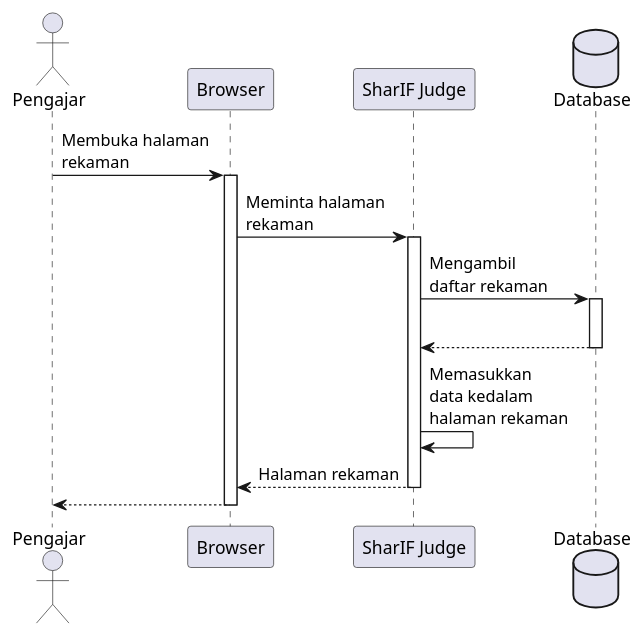
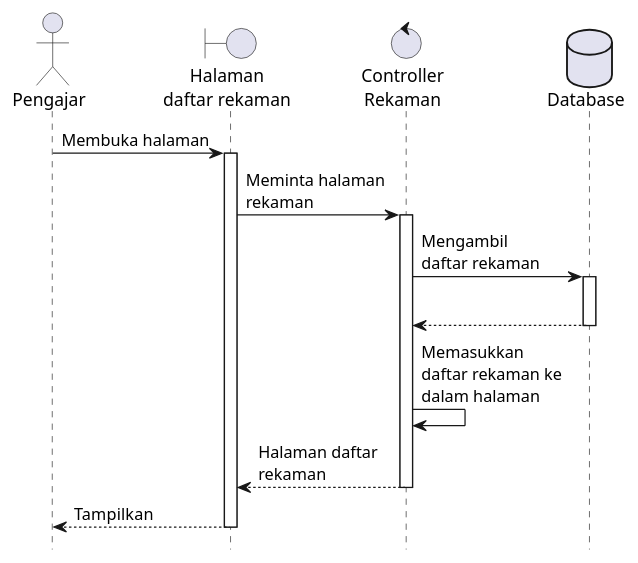
Before and after one commit to AndreasRonaldi/Skripsi: the diagram in doc/DokumenSkripsi/Diagram/3.seqdia_lookup.puml, drawn with PlantUML. The commit also changed 11 other files, not shown here.

Commit message:
[3] add analisis assets and change format diagram to be uml

```diff
--- a/doc/DokumenSkripsi/Diagram/3.seqdia_lookup.puml
+++ b/doc/DokumenSkripsi/Diagram/3.seqdia_lookup.puml
@@ -1,44 +1,33 @@
 @startuml seqdia_lookup
+
+hide footbox
+
 actor       Pengajar       as user
-participant Browser as bw
-participant "SharIF Judge" as shj
+boundary "Halaman\ndaftar rekaman" as bw
+control "Controller\nRekaman" as shj
 database Database as db
 
-user -> bw : Membuka halaman\nrekaman
+user -> bw : Membuka halaman
 activate bw
 
 bw -> shj : Meminta halaman\nrekaman
 activate shj
 
 shj -> db : Mengambil\ndaftar rekaman
 activate db
 |||
 return
 
 ' rnote over shj
 '     Memasukkan 
 '     data kedalam
 '     halaman rekaman
 ' endnote
 
-shj -> shj : Memasukkan\ndata kedalam\nhalaman rekaman
+shj -> shj : Memasukkan\ndaftar rekaman ke\ndalam halaman
 
-return Halaman rekaman
+return Halaman daftar\nrekaman
 
-return
+return Tampilkan
 
-' participant Participant as Foo
-' boundary    Boundary    as Foo2
-' control     Control     as Foo3
-' entity      Entity      as Foo4
-' database    Database    as Foo5
-' collections Collections as Foo6
-' queue       Queue       as Foo7
-' Foo -> Foo1 : To actor 
-' Foo -> Foo2 : To boundary
-' Foo -> Foo3 : To control
-' Foo -> Foo4 : To entity
-' Foo -> Foo5 : To database
-' Foo -> Foo6 : To collections
-' Foo -> Foo7: To queue
 @enduml
```
